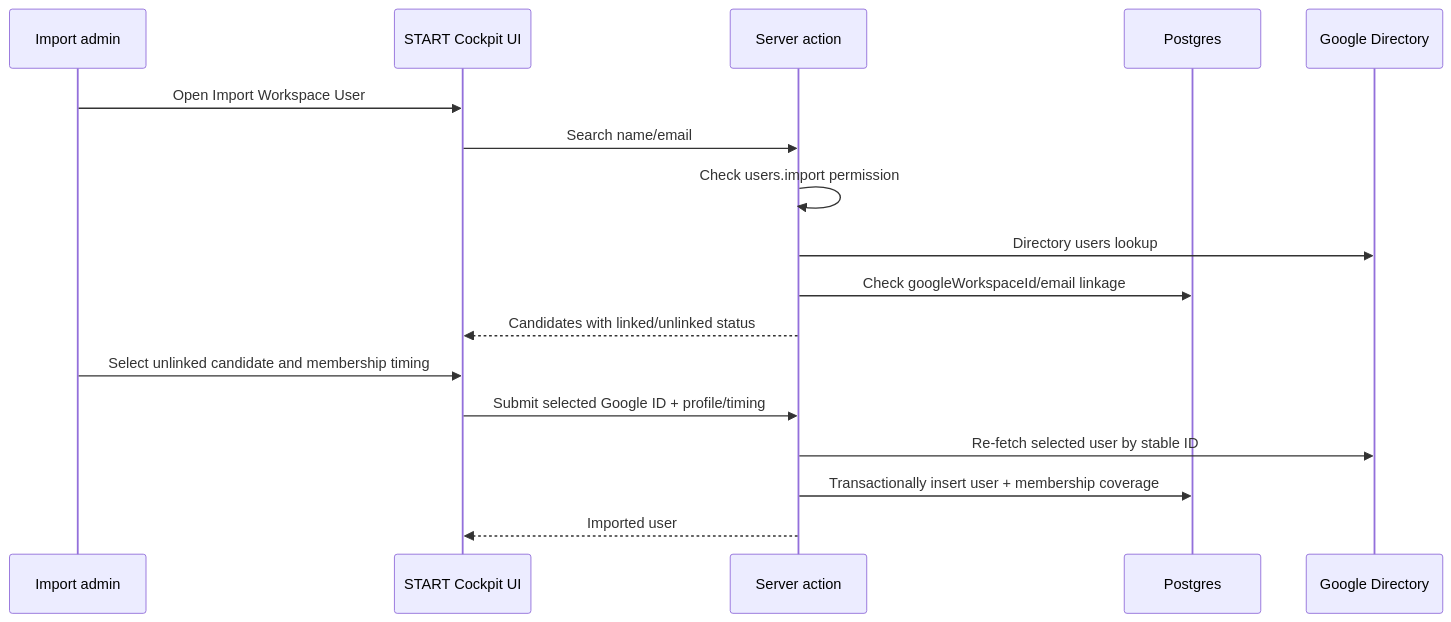
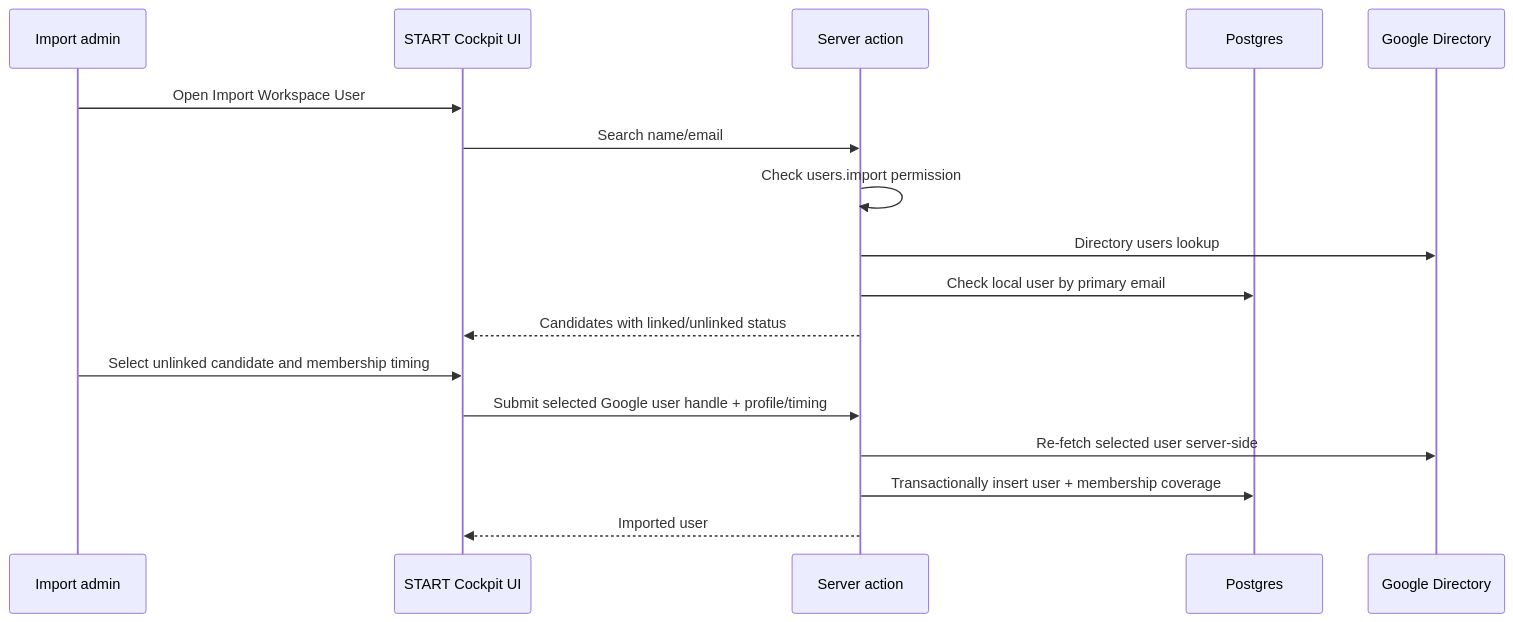
The diagram in docs/plans/2026-04-28-002-feat-google-workspace-user-import-plan.md (startberlin/cockpit), drawn with Mermaid before and after one commit. The commit also changed other lines of this file and 17 other files, not shown here.

First line of the commit message:
refactor: Remove Google Workspace identity persistence and simplify member table

````diff
--- a/docs/plans/2026-04-28-002-feat-google-workspace-user-import-plan.md
+++ b/docs/plans/2026-04-28-002-feat-google-workspace-user-import-plan.md
@@ -111,20 +111,20 @@
 ```mermaid
 sequenceDiagram
     participant Admin as Import admin
     participant UI as START Cockpit UI
     participant Server as Server action
     participant DB as Postgres
     participant Google as Google Directory
 
     Admin->>UI: Open Import Workspace User
     UI->>Server: Search name/email
     Server->>Server: Check users.import permission
     Server->>Google: Directory users lookup
-    Server->>DB: Check googleWorkspaceId/email linkage
+    Server->>DB: Check local user by primary email
     Server-->>UI: Candidates with linked/unlinked status
     Admin->>UI: Select unlinked candidate and membership timing
-    UI->>Server: Submit selected Google ID + profile/timing
-    Server->>Google: Re-fetch selected user by stable ID
+    UI->>Server: Submit selected Google user handle + profile/timing
+    Server->>Google: Re-fetch selected user server-side
     Server->>DB: Transactionally insert user + membership coverage
     Server-->>UI: Imported user
 ```
````
